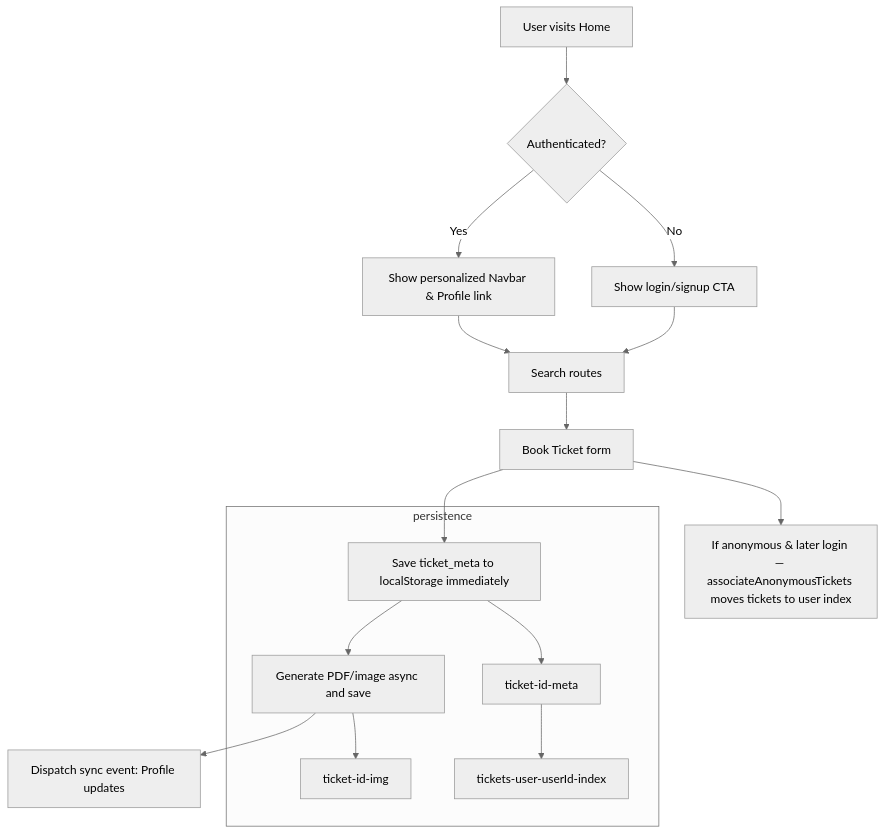
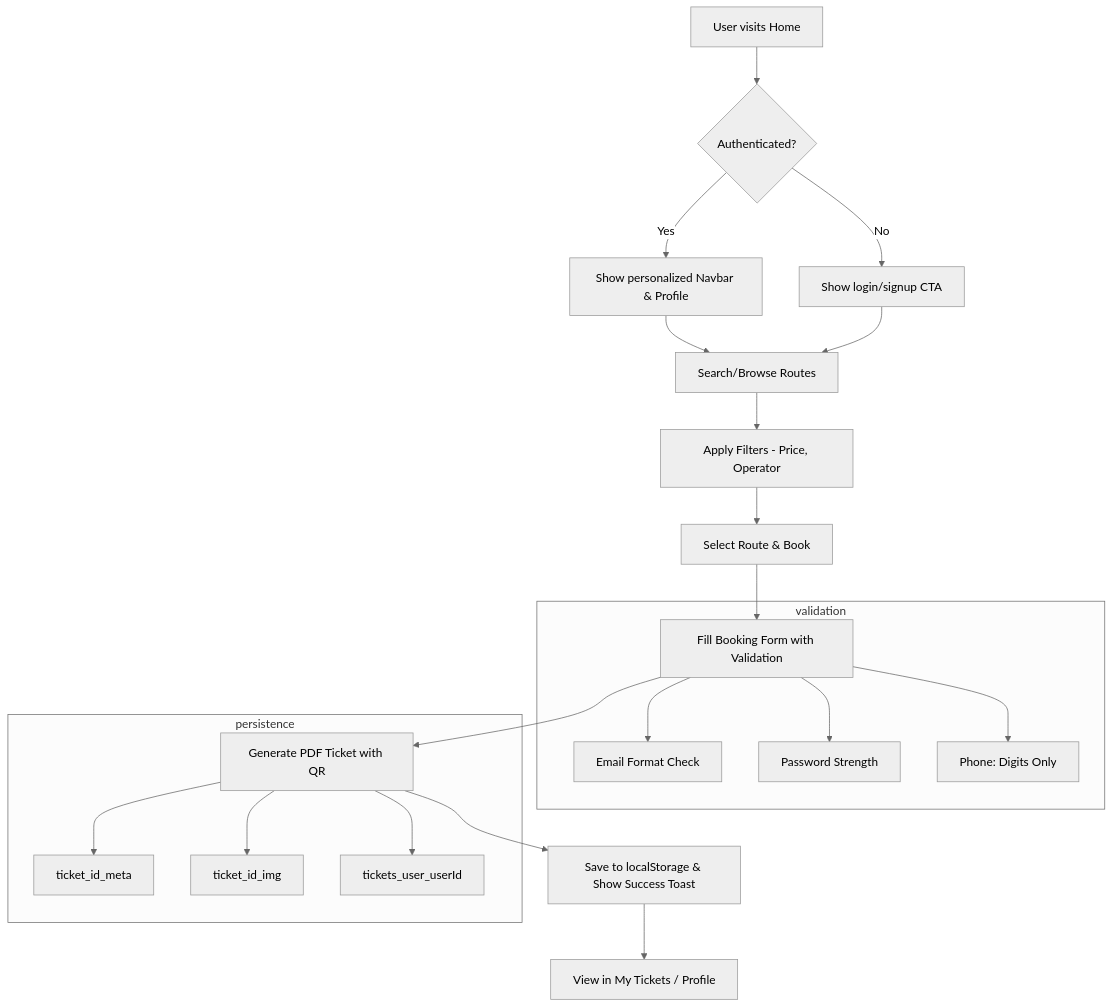
The first of 2 diagrams in README.md (KGFCH2/BharatBus), drawn with Mermaid (neutral theme) before and after one commit. The commit also changed other lines of this file, not shown here.

````diff
--- a/README.md
+++ b/README.md
@@ -64,19 +102,26 @@
 ```mermaid
 flowchart TD
   A[User visits Home] --> B{Authenticated?}
-  B -- Yes --> C[Show personalized Navbar & Profile link]
+  B -- Yes --> C[Show personalized Navbar & Profile]
   B -- No --> D[Show login/signup CTA]
-  C --> E[Search routes]
+  C --> E[Search/Browse Routes]
   D --> E
-  E --> F[Book Ticket form]
-  F --> G[Save ticket_meta to localStorage immediately]
-  G --> H[Generate PDF/image async and save]
-  H --> I[Dispatch sync event: Profile updates]
-  F --> J[If anonymous & later login — associateAnonymousTickets moves tickets to user index]
+  E --> F[Apply Filters - Price, Operator]
+  F --> G[Select Route & Book]
+  G --> H[Fill Booking Form with Validation]
+  H --> I[Generate PDF Ticket with QR]
+  I --> J[Save to localStorage & Show Success Toast]
+  J --> K[View in My Tickets / Profile]
+
+  subgraph validation
+    H --> V1[Email Format Check]
+    H --> V2[Password Strength]
+    H --> V3[Phone: Digits Only]
+  end
 
   subgraph persistence
-    G --> K[ticket-id-meta]
-    H --> L[ticket-id-img]
-    K --> M[tickets-user-userId-index]
+    I --> L[ticket_id_meta]
+    I --> M[ticket_id_img]
+    I --> N[tickets_user_userId]
   end
 ```
````
